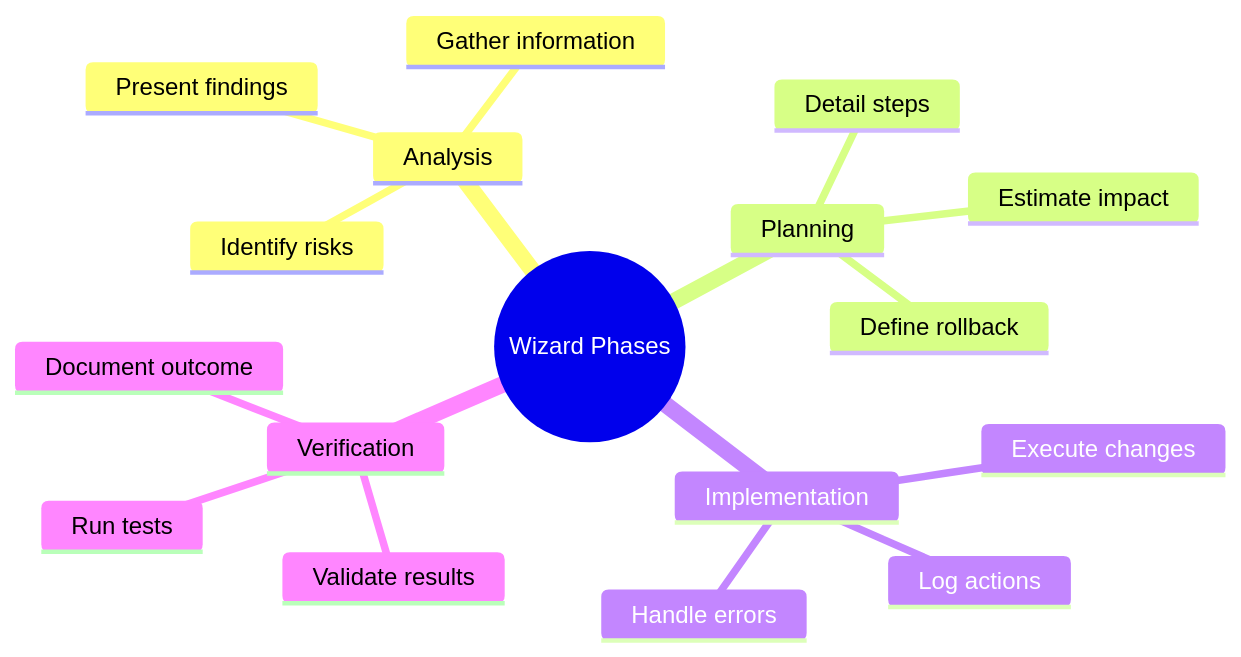
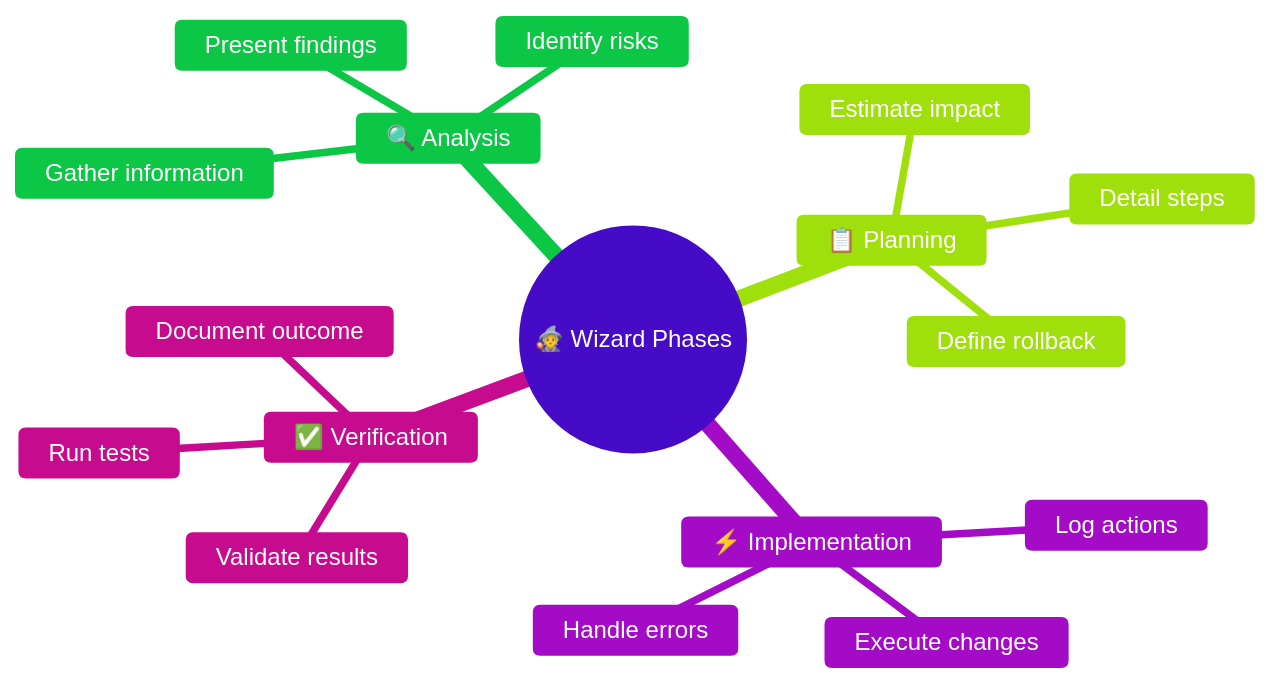
Before and after one commit to ThibautMelen/agentic-ai-systems: the fourth of 5 diagrams in patterns/07-wizard-workflows.md, drawn with Mermaid. The commit also changed other lines of this file and 7 other files, not shown here.

First line of the commit message:
style(diagrams): add vibrant colors to all Mermaid diagrams

````diff
--- a/patterns/07-wizard-workflows.md
+++ b/patterns/07-wizard-workflows.md
@@ -227,20 +241,21 @@
 ```mermaid
+%%{init: {'theme': 'base', 'themeVariables': { 'primaryColor': '#8b5cf6', 'primaryTextColor': '#ffffff'}}}%%
 mindmap
-  root((Wizard Phases))
-    Analysis
+  root((🧙 Wizard Phases))
+    🔍 Analysis
       Gather information
       Identify risks
       Present findings
-    Planning
+    📋 Planning
       Detail steps
       Estimate impact
       Define rollback
-    Implementation
+    ⚡ Implementation
       Execute changes
       Log actions
       Handle errors
-    Verification
+    ✅ Verification
       Validate results
       Run tests
       Document outcome
 ```
````
